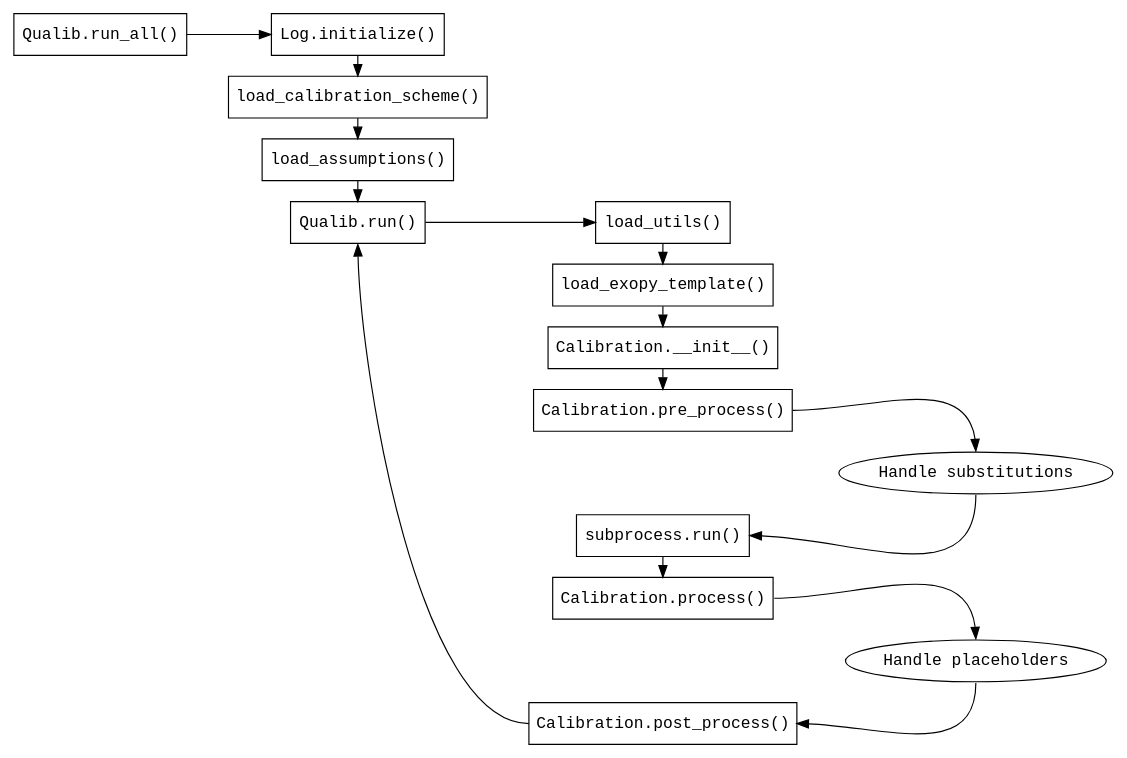
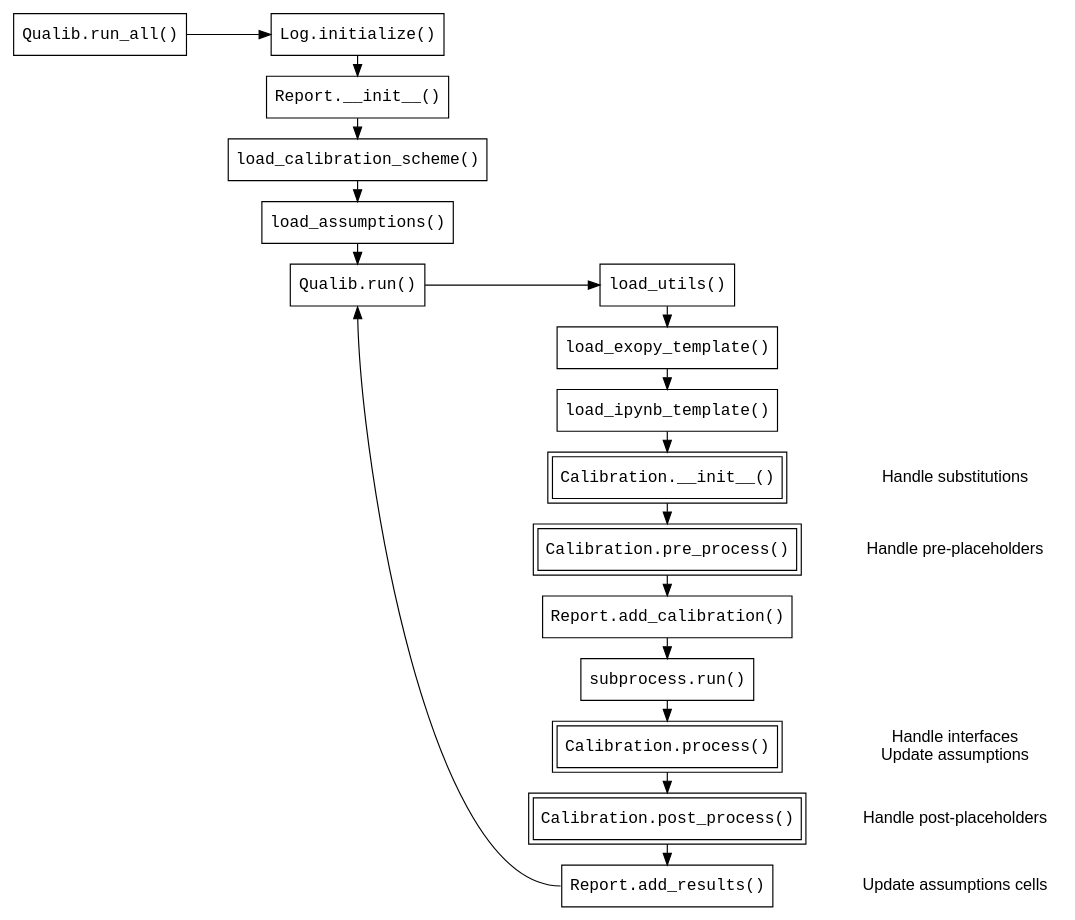
One commit to bastienvoirin/qualib changed the diagram in docs/reference.rst. Above: the diagram before and after it, drawn with Graphviz. The commit also changed other lines of this file and 22 other files, not shown here.

```diff
--- a/docs/reference.rst
+++ b/docs/reference.rst
@@ -62,4 +12,5 @@
 .. graphviz::
+    :align: center
     
     digraph G {
         rank = same;
@@ -78,7 +29,9 @@
         subgraph level_1 {
             log_init [
                 label = "Log.initialize()";
-                pos="0,0!";
+            ];
+            report_init [
+                label = "Report.__init__()";
             ];
             load_calib_scheme [
                 label = "load_calibration_scheme()";
@@ -97,54 +50,81 @@
             load_exopy_template [
                 label = "load_exopy_template()";
             ];
+            load_ipynb_template [
+                label = "load_ipynb_template()";
+            ];
             calibration [
                 label = "Calibration.__init__()";
+                peripheries = 2;
             ];
             pre_process [
                 label = "Calibration.pre_process()";
+                peripheries = 2;
             ];
-            invis_1 [
-                style = invis;
+            report_add_calibration [
+                label = "Report.add_calibration()";
             ];
             subprocess [
                 label = "subprocess.run()";
             ];
-            calib_process [
+            process [
                 label = "Calibration.process()";
-            ];
-            invis_2 [
-                style = invis;
+                peripheries = 2;
             ];
             post_process [
                 label = "Calibration.post_process()";
+                peripheries = 2;
+            ];
+            report_add_results [
+                label = "Report.add_results()";
             ];
         }
         subgraph level_3 {
-            calib_substitutions [
+            handle_substitutions [
                 label = "Handle substitutions";
-                shape = oval;
+                shape = plaintext;
+                fontname = "sans-serif";
             ];
-            calib_placeholders [
-                label = "Handle placeholders";
-                shape = oval;
+            handle_pre_placeholders [
+                label = "Handle pre-placeholders";
+                shape = plaintext;
+                fontname = "sans-serif";
+            ];
+            handle_results [
+                label = "Handle interfaces\nUpdate assumptions";
+                shape = plaintext;
+                fontname = "sans-serif";
+            ];
+            handle_post_placeholders [
+                label = "Handle post-placeholders";
+                shape = plaintext;
+                fontname = "sans-serif";
+            ];
+            report_add_results_desc [
+                label = "Update assumptions cells";
+                shape = plaintext;
+                fontname = "sans-serif";
             ];
         }
         run_all -> log_init;
-        log_init -> load_calib_scheme;
+        log_init -> report_init;
+        report_init -> load_calib_scheme;
         load_calib_scheme -> load_assumptions;
         load_assumptions -> run;
         run -> load_utils;
         load_utils -> load_exopy_template;
-        load_exopy_template -> calibration;
+        load_exopy_template -> load_ipynb_template;
+        load_ipynb_template -> calibration;
+        calibration -> handle_substitutions [style = invis];
         calibration -> pre_process;
-        pre_process:e -> calib_substitutions:n;
-        calib_substitutions:s -> subprocess:e;
-        subprocess -> calib_process;
-        calib_process:e -> calib_placeholders:n;
-        calib_placeholders:s -> post_process:e;
-        post_process:w -> run:s [constraint = false];
-        pre_process -> invis_1 [style = invis];
-        invis_1 -> subprocess [style = invis];
-        calib_process -> invis_2 [style = invis];
-        invis_2 -> post_process [style = invis];
+        pre_process -> handle_pre_placeholders [style = invis];
+        pre_process -> report_add_calibration;
+        report_add_calibration -> subprocess;
+        subprocess -> process;
+        process -> handle_results [style = invis];
+        process -> post_process;
+        post_process -> handle_post_placeholders [style = invis];
+        post_process -> report_add_results;
+        report_add_results -> report_add_results_desc [style = invis];
+        report_add_results:w -> run:s [constraint = false];
     }
```
